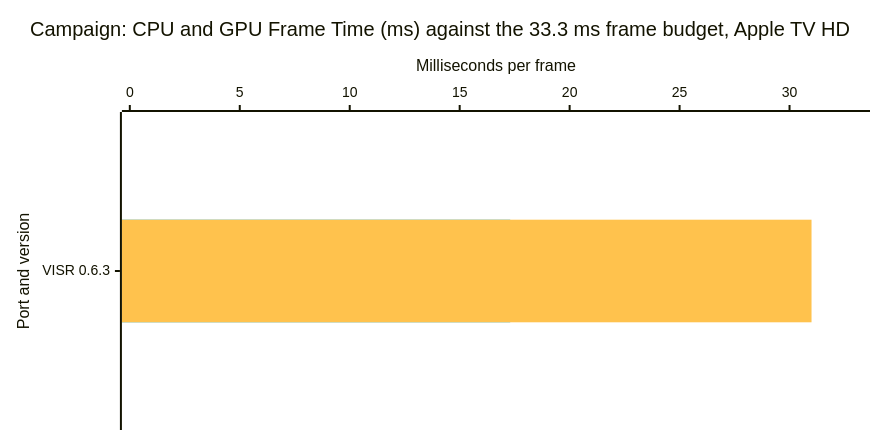
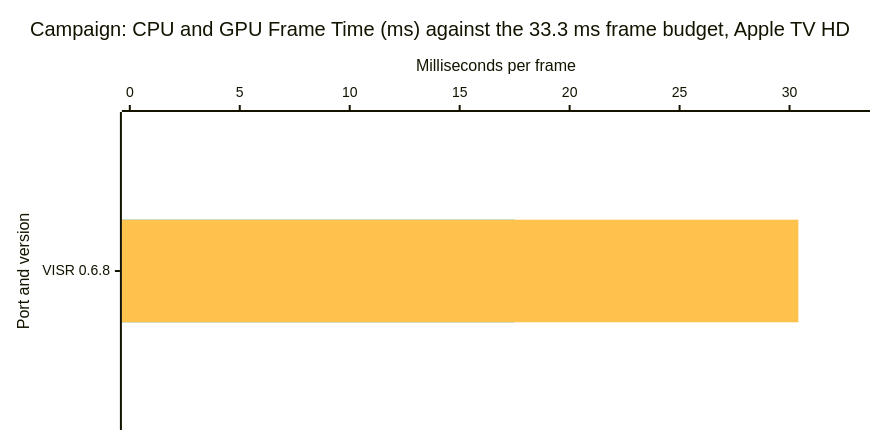
The fourth of 7 diagrams in docs/benchmarks.md (VISR-CE/visr), drawn with Mermaid before and after one commit. The commit also changed other lines of this file and 6 other files, not shown here.

````diff
--- a/docs/benchmarks.md
+++ b/docs/benchmarks.md
@@ -108,17 +108,17 @@
 ```mermaid
 ---
 config:
   xyChart:
     width: 860
     height: 420
   themeVariables:
     xyChart:
       plotColorPalette: "#1fa9d4, #ffc24d"
 ---
 xychart-beta horizontal
     title "Campaign: CPU and GPU Frame Time (ms) against the 33.3 ms frame budget, Apple TV HD"
-    x-axis "Port and version" ["VISR 0.6.3"]
+    x-axis "Port and version" ["VISR 0.6.8"]
     y-axis "Milliseconds per frame" 0 --> 33.3
-    bar [17.3]
-    bar [31]
+    bar [17.5]
+    bar [30.4]
 ```
````
